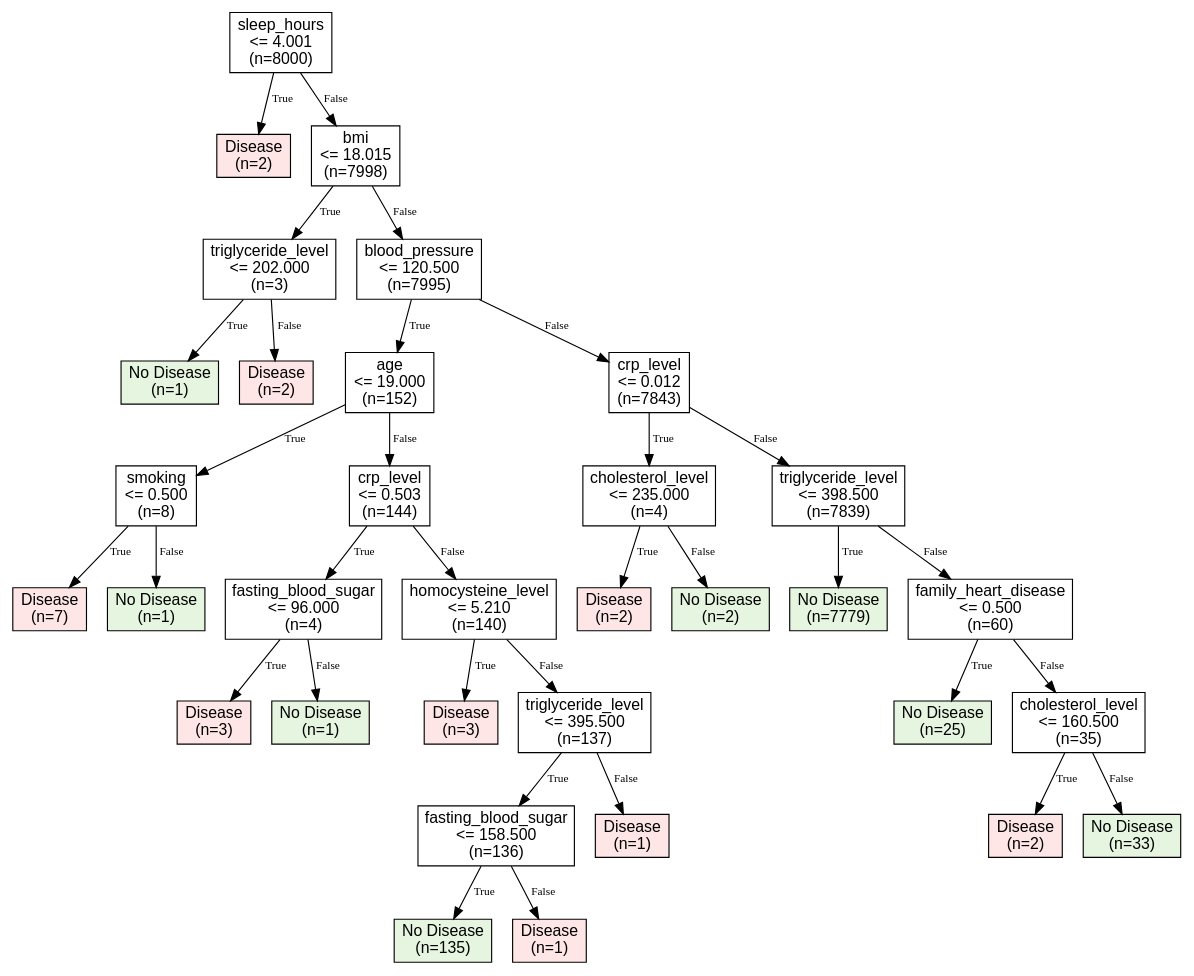
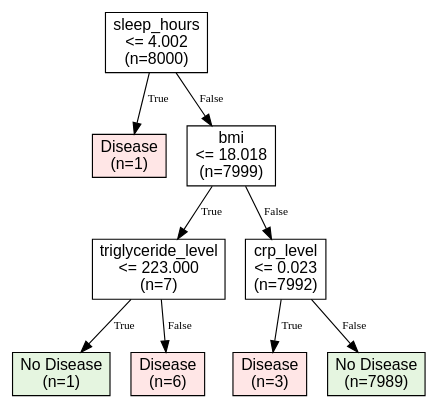
One commit to OlexG/heart-disease changed the diagram in tree_viz_0.dot. Above: the diagram before and after it, drawn with Graphviz. The commit also changed 9 other files, not shown here.

```diff
--- a/tree_viz_0.dot
+++ b/tree_viz_0.dot
@@ -1,68 +1,20 @@
 digraph DecisionTree {
   node [shape=box, fontname="Arial"];
-  0 [label="sleep_hours\n<= 4.001\n(n=8000)"];
-  1 [label="Disease\n(n=2)", style=filled, fillcolor="#ffe6e6"];
+  0 [label="sleep_hours\n<= 4.002\n(n=8000)"];
+  1 [label="Disease\n(n=1)", style=filled, fillcolor="#ffe6e6"];
   0 -> 1 [label="True", fontsize=10];
-  2 [label="bmi\n<= 18.015\n(n=7998)"];
-  3 [label="triglyceride_level\n<= 202.000\n(n=3)"];
+  2 [label="bmi\n<= 18.018\n(n=7999)"];
+  3 [label="triglyceride_level\n<= 223.000\n(n=7)"];
   4 [label="No Disease\n(n=1)", style=filled, fillcolor="#e5f5e0"];
   3 -> 4 [label="True", fontsize=10];
-  5 [label="Disease\n(n=2)", style=filled, fillcolor="#ffe6e6"];
+  5 [label="Disease\n(n=6)", style=filled, fillcolor="#ffe6e6"];
   3 -> 5 [label="False", fontsize=10];
   2 -> 3 [label="True", fontsize=10];
-  6 [label="blood_pressure\n<= 120.500\n(n=7995)"];
-  7 [label="age\n<= 19.000\n(n=152)"];
-  8 [label="smoking\n<= 0.500\n(n=8)"];
-  9 [label="Disease\n(n=7)", style=filled, fillcolor="#ffe6e6"];
-  8 -> 9 [label="True", fontsize=10];
-  10 [label="No Disease\n(n=1)", style=filled, fillcolor="#e5f5e0"];
-  8 -> 10 [label="False", fontsize=10];
-  7 -> 8 [label="True", fontsize=10];
-  11 [label="crp_level\n<= 0.503\n(n=144)"];
-  12 [label="fasting_blood_sugar\n<= 96.000\n(n=4)"];
-  13 [label="Disease\n(n=3)", style=filled, fillcolor="#ffe6e6"];
-  12 -> 13 [label="True", fontsize=10];
-  14 [label="No Disease\n(n=1)", style=filled, fillcolor="#e5f5e0"];
-  12 -> 14 [label="False", fontsize=10];
-  11 -> 12 [label="True", fontsize=10];
-  15 [label="homocysteine_level\n<= 5.210\n(n=140)"];
-  16 [label="Disease\n(n=3)", style=filled, fillcolor="#ffe6e6"];
-  15 -> 16 [label="True", fontsize=10];
-  17 [label="triglyceride_level\n<= 395.500\n(n=137)"];
-  18 [label="fasting_blood_sugar\n<= 158.500\n(n=136)"];
-  19 [label="No Disease\n(n=135)", style=filled, fillcolor="#e5f5e0"];
-  18 -> 19 [label="True", fontsize=10];
-  20 [label="Disease\n(n=1)", style=filled, fillcolor="#ffe6e6"];
-  18 -> 20 [label="False", fontsize=10];
-  17 -> 18 [label="True", fontsize=10];
-  21 [label="Disease\n(n=1)", style=filled, fillcolor="#ffe6e6"];
-  17 -> 21 [label="False", fontsize=10];
-  15 -> 17 [label="False", fontsize=10];
-  11 -> 15 [label="False", fontsize=10];
-  7 -> 11 [label="False", fontsize=10];
+  6 [label="crp_level\n<= 0.023\n(n=7992)"];
+  7 [label="Disease\n(n=3)", style=filled, fillcolor="#ffe6e6"];
   6 -> 7 [label="True", fontsize=10];
-  22 [label="crp_level\n<= 0.012\n(n=7843)"];
-  23 [label="cholesterol_level\n<= 235.000\n(n=4)"];
-  24 [label="Disease\n(n=2)", style=filled, fillcolor="#ffe6e6"];
-  23 -> 24 [label="True", fontsize=10];
-  25 [label="No Disease\n(n=2)", style=filled, fillcolor="#e5f5e0"];
-  23 -> 25 [label="False", fontsize=10];
-  22 -> 23 [label="True", fontsize=10];
-  26 [label="triglyceride_level\n<= 398.500\n(n=7839)"];
-  27 [label="No Disease\n(n=7779)", style=filled, fillcolor="#e5f5e0"];
-  26 -> 27 [label="True", fontsize=10];
-  28 [label="family_heart_disease\n<= 0.500\n(n=60)"];
-  29 [label="No Disease\n(n=25)", style=filled, fillcolor="#e5f5e0"];
-  28 -> 29 [label="True", fontsize=10];
-  30 [label="cholesterol_level\n<= 160.500\n(n=35)"];
-  31 [label="Disease\n(n=2)", style=filled, fillcolor="#ffe6e6"];
-  30 -> 31 [label="True", fontsize=10];
-  32 [label="No Disease\n(n=33)", style=filled, fillcolor="#e5f5e0"];
-  30 -> 32 [label="False", fontsize=10];
-  28 -> 30 [label="False", fontsize=10];
-  26 -> 28 [label="False", fontsize=10];
-  22 -> 26 [label="False", fontsize=10];
-  6 -> 22 [label="False", fontsize=10];
+  8 [label="No Disease\n(n=7989)", style=filled, fillcolor="#e5f5e0"];
+  6 -> 8 [label="False", fontsize=10];
   2 -> 6 [label="False", fontsize=10];
   0 -> 2 [label="False", fontsize=10];
 }
```
